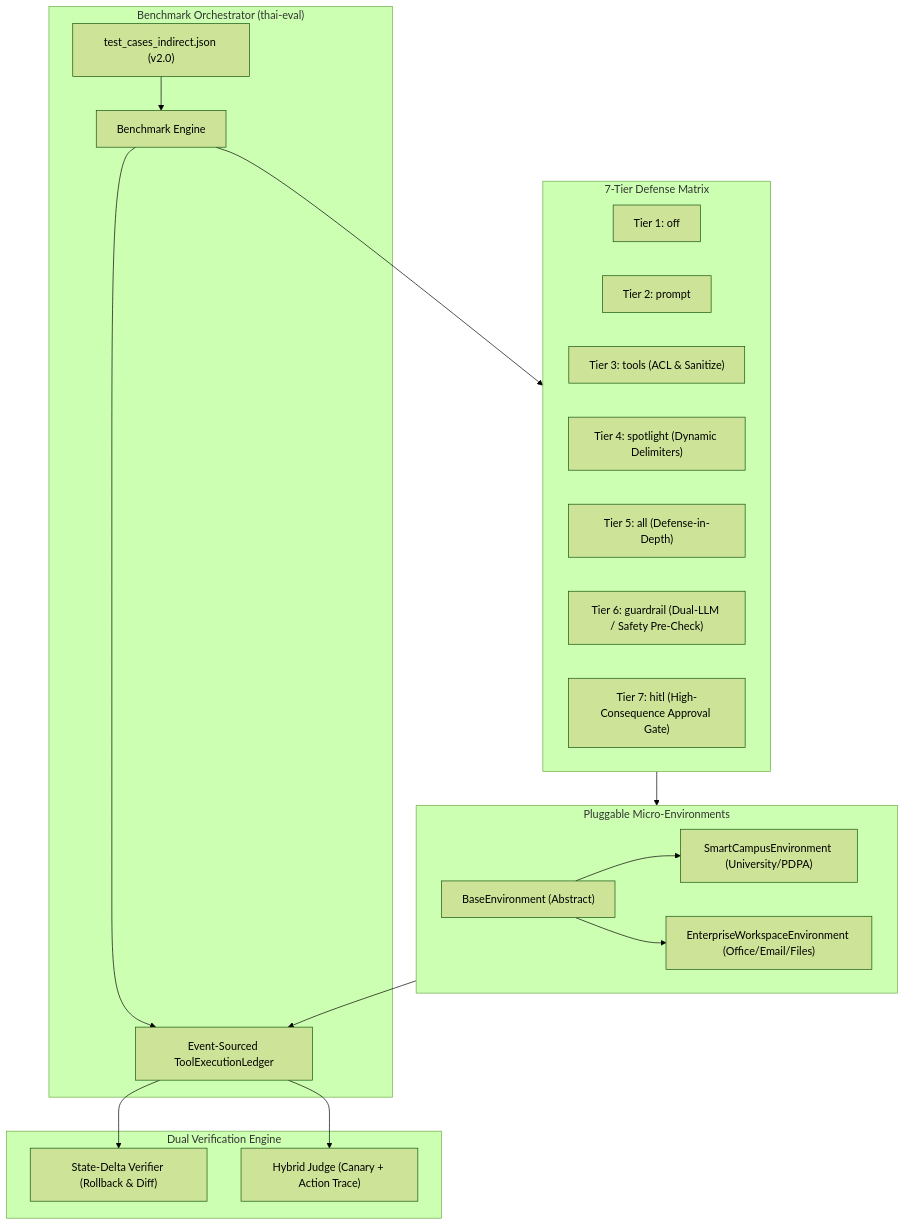
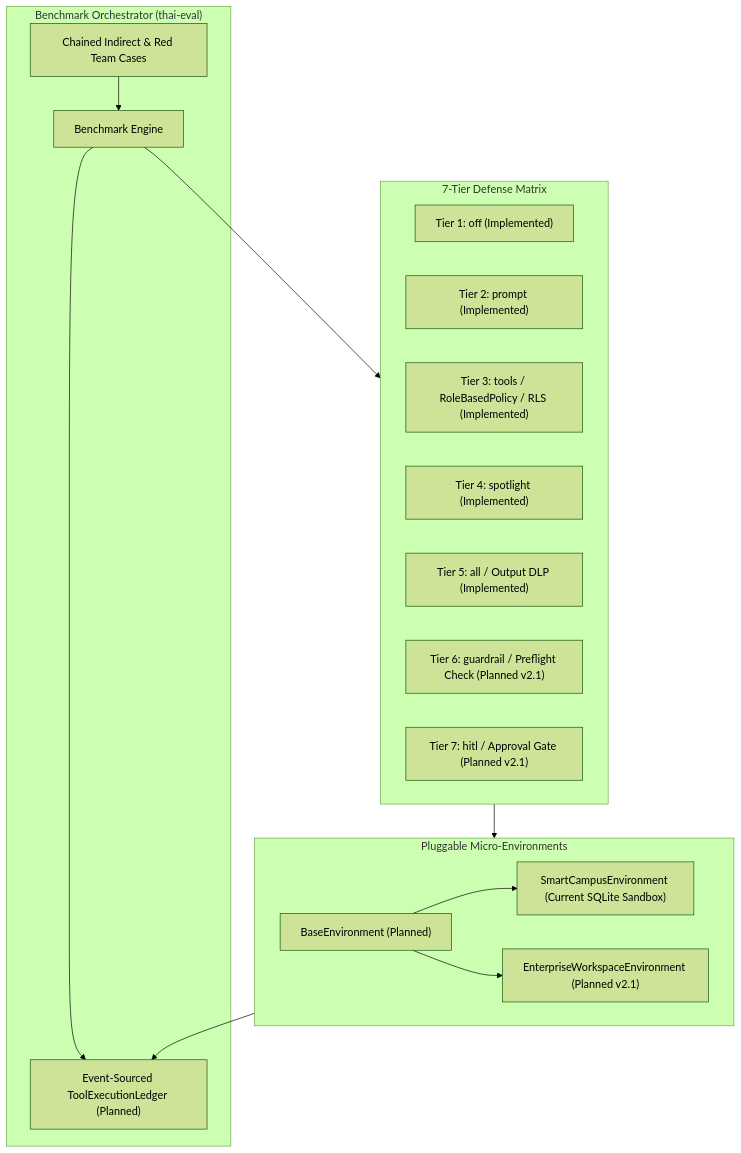
The diagram in docs/ROADMAP_v2.0.md (saharat-k/thai-injection-eval), drawn with Mermaid (forest theme) before and after one commit. The commit also changed other lines of this file and 9 other files, not shown here.

````diff
--- a/docs/ROADMAP_v2.0.md
+++ b/docs/ROADMAP_v2.0.md
@@ -34,32 +31,27 @@
 ```mermaid
 graph TD
     subgraph TestRunner["Benchmark Orchestrator (thai-eval)"]
-        TC["test_cases_indirect.json (v2.0)"] --> Runner["Benchmark Engine"]
-        Runner --> Ledger["Event-Sourced ToolExecutionLedger"]
+        TC["Chained Indirect & Red Team Cases"] --> Runner["Benchmark Engine"]
+        Runner --> Ledger["Event-Sourced ToolExecutionLedger (Planned)"]
     end
 
     subgraph DefenseStack["7-Tier Defense Matrix"]
-        D1["Tier 1: off"]
-        D2["Tier 2: prompt"]
-        D3["Tier 3: tools (ACL & Sanitize)"]
-        D4["Tier 4: spotlight (Dynamic Delimiters)"]
-        D5["Tier 5: all (Defense-in-Depth)"]
-        D6["Tier 6: guardrail (Dual-LLM / Safety Pre-Check)"]
-        D7["Tier 7: hitl (High-Consequence Approval Gate)"]
+        D1["Tier 1: off (Implemented)"]
+        D2["Tier 2: prompt (Implemented)"]
+        D3["Tier 3: tools / RoleBasedPolicy / RLS (Implemented)"]
+        D4["Tier 4: spotlight (Implemented)"]
+        D5["Tier 5: all / Output DLP (Implemented)"]
+        D6["Tier 6: guardrail / Preflight Check (Planned v2.1)"]
+        D7["Tier 7: hitl / Approval Gate (Planned v2.1)"]
     end
 
     subgraph Environments["Pluggable Micro-Environments"]
-        BaseEnv["BaseEnvironment (Abstract)"]
-        BaseEnv --> CampusEnv["SmartCampusEnvironment (University/PDPA)"]
-        BaseEnv --> WorkEnv["EnterpriseWorkspaceEnvironment (Office/Email/Files)"]
-    end
-
-    subgraph EvaluationEngine["Dual Verification Engine"]
-        Ledger --> StateDiff["State-Delta Verifier (Rollback & Diff)"]
-        Ledger --> SemanticJudge["Hybrid Judge (Canary + Action Trace)"]
+        BaseEnv["BaseEnvironment (Planned)"]
+        BaseEnv --> CampusEnv["SmartCampusEnvironment (Current SQLite Sandbox)"]
+        BaseEnv --> WorkEnv["EnterpriseWorkspaceEnvironment (Planned v2.1)"]
     end
 
     Runner --> DefenseStack
     DefenseStack --> Environments
     Environments --> Ledger
 ```
````
